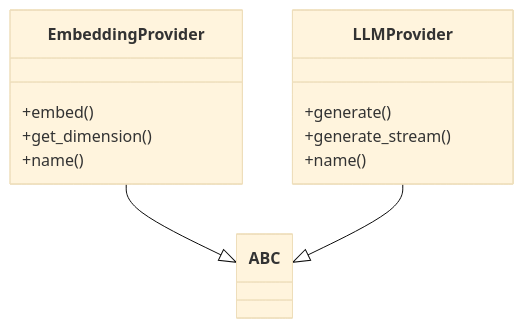
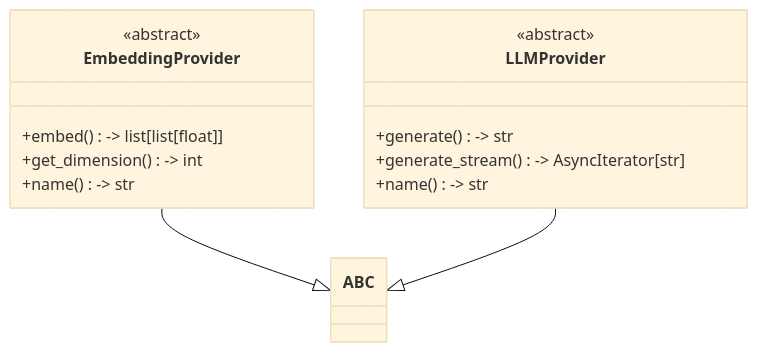
Before and after one commit to UrbanDiver/local-deepwiki-mcp: the first of 2 diagrams in .deepwiki/files/src/local_deepwiki/providers/base.md, drawn with Mermaid (base theme). The commit also changed other lines of this file and 75 other files, not shown here.

````diff
--- a/.deepwiki/files/src/local_deepwiki/providers/base.md
+++ b/.deepwiki/files/src/local_deepwiki/providers/base.md
@@ -85,15 +189,17 @@
 ```mermaid
 classDiagram
     class EmbeddingProvider {
-        +embed()
-        +get_dimension()
-        +name()
+        <<abstract>>
+        +embed() -> list[list[float]]
+        +get_dimension() -> int
+        +name() -> str
     }
     class LLMProvider {
-        +generate()
-        +generate_stream()
-        +name()
+        <<abstract>>
+        +generate() -> str
+        +generate_stream() -> AsyncIterator[str]
+        +name() -> str
     }
     EmbeddingProvider --|> ABC
     LLMProvider --|> ABC
 ```
````
